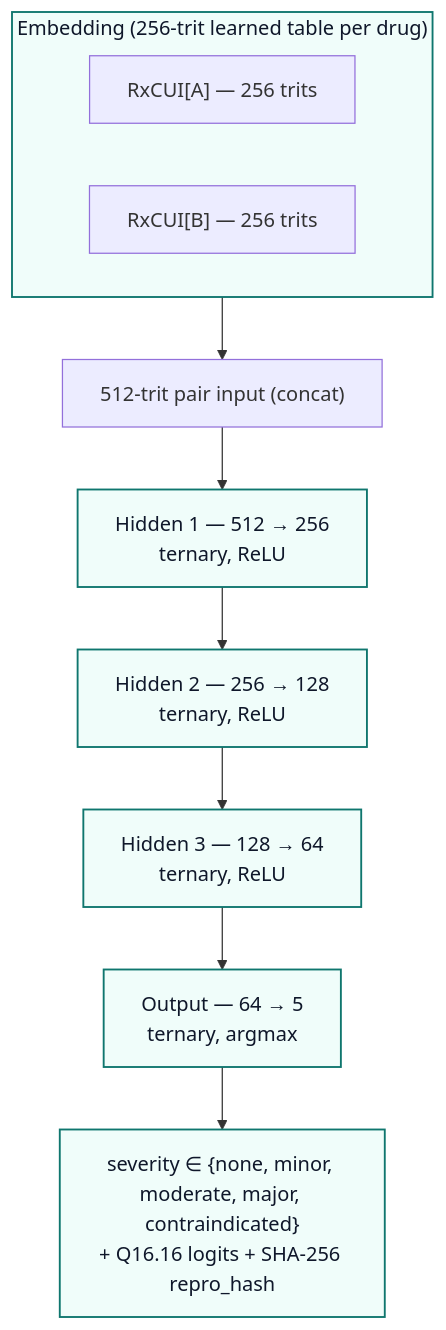
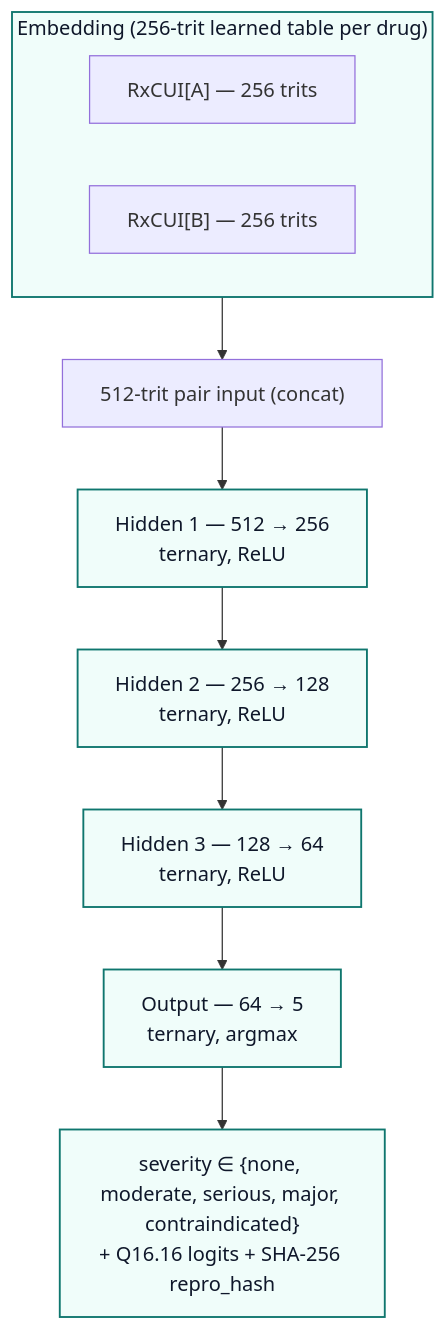
One commit to star-ga/clinicalmem changed the first of 4 diagrams in docs/edge_pi_offline.md. Above: the diagram before and after it, drawn with Mermaid. The commit also changed 4 other files, not shown here.

````diff
--- a/docs/edge_pi_offline.md
+++ b/docs/edge_pi_offline.md
@@ -58,16 +58,16 @@
 ```mermaid
 flowchart TB
     subgraph embed["Embedding (256-trit learned table per drug)"]
         rxA["RxCUI[A] &mdash; 256 trits"]
         rxB["RxCUI[B] &mdash; 256 trits"]
     end
     embed --> pair["512-trit pair input (concat)"]
     pair --> h1["Hidden 1 &mdash; 512 → 256<br/>ternary, ReLU"]
     h1 --> h2["Hidden 2 &mdash; 256 → 128<br/>ternary, ReLU"]
     h2 --> h3["Hidden 3 &mdash; 128 → 64<br/>ternary, ReLU"]
     h3 --> out["Output &mdash; 64 → 5<br/>ternary, argmax"]
-    out --> result["severity ∈ {none, minor, moderate, major, contraindicated}<br/>+ Q16.16 logits + SHA-256 repro_hash"]
+    out --> result["severity ∈ {none, moderate, serious, major, contraindicated}<br/>+ Q16.16 logits + SHA-256 repro_hash"]
 
     classDef tier fill:#F0FDFA,stroke:#0F766E,stroke-width:1.5px,color:#0F172A
     class embed,h1,h2,h3,out,result tier
 ```
````
